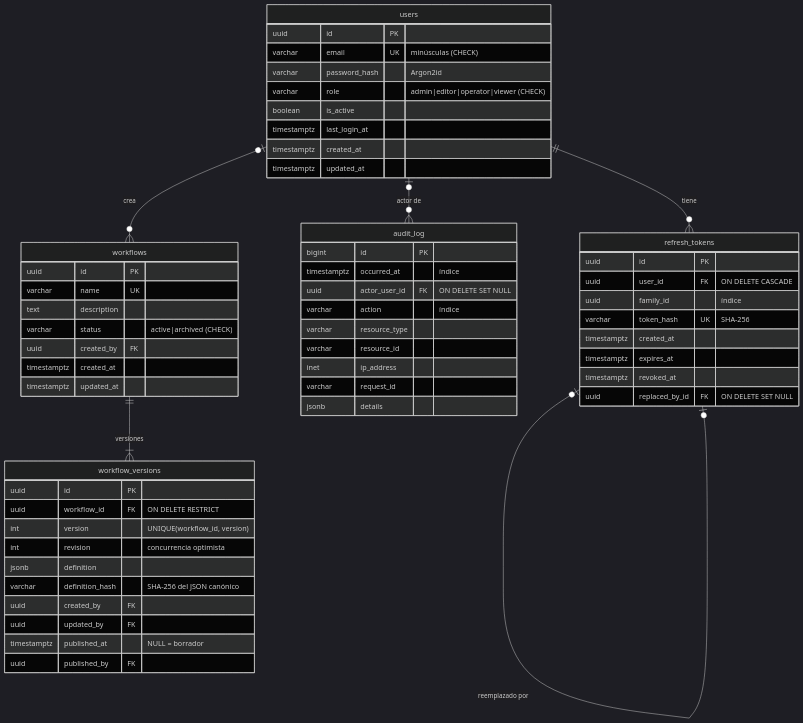
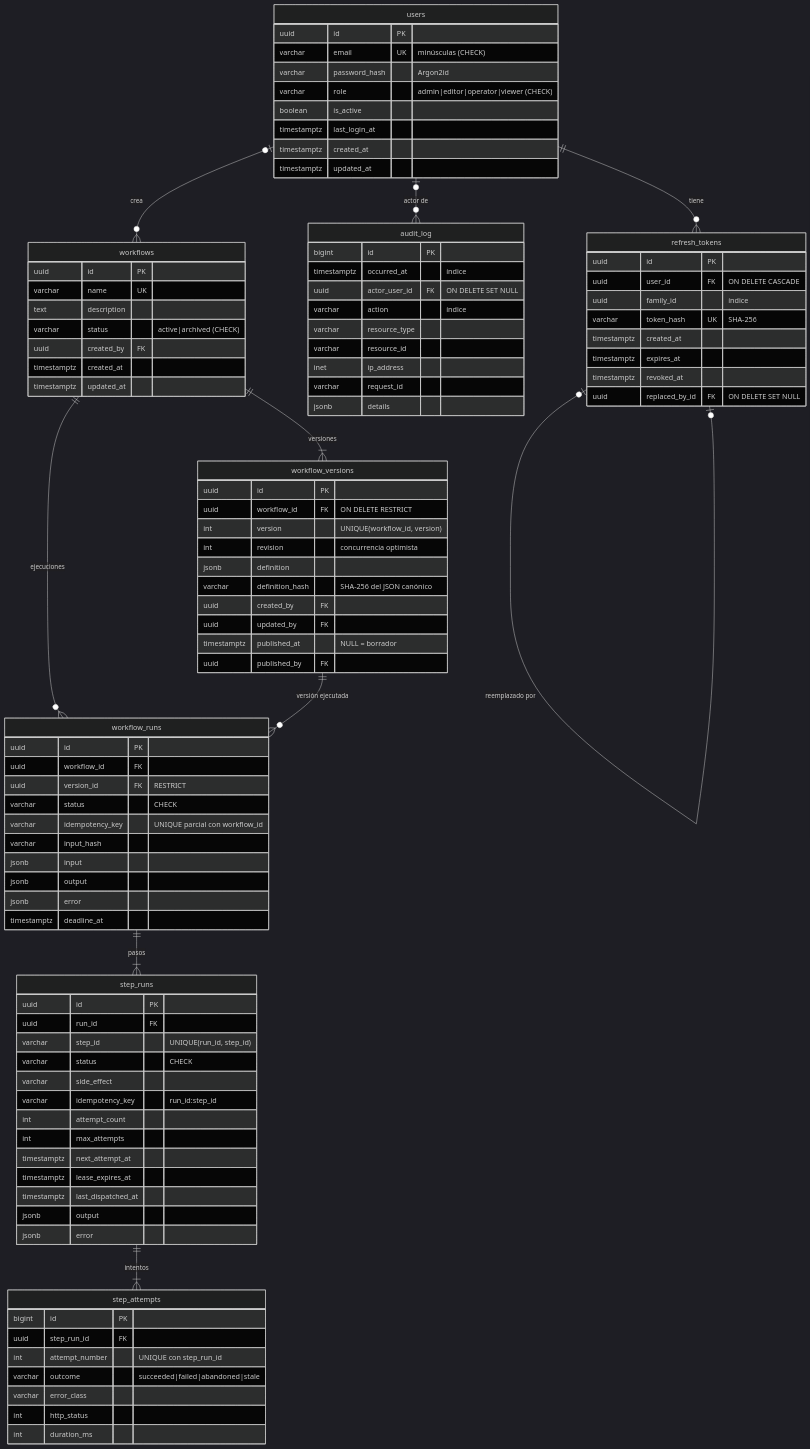
Before and after one commit to JuanSGarciaC/nexusflow: the diagram in docs/data-model.md, drawn with Mermaid (dark theme). The commit also changed other lines of this file and 34 other files, not shown here.

First line of the commit message:
feat(engine): motor de ejecución con Celery y cliente HTTP seguro (Fase 4)

````diff
--- a/docs/data-model.md
+++ b/docs/data-model.md
@@ -11,6 +11,10 @@
     refresh_tokens |o--o| refresh_tokens : "reemplazado por"
     workflows ||--|{ workflow_versions : "versiones"
     users |o--o{ workflows : "crea"
+    workflows ||--o{ workflow_runs : "ejecuciones"
+    workflow_versions ||--o{ workflow_runs : "versión ejecutada"
+    workflow_runs ||--|{ step_runs : "pasos"
+    step_runs ||--|{ step_attempts : "intentos"
 
     users {
         uuid id PK
@@ -64,4 +68,40 @@
         timestamptz published_at "NULL = borrador"
         uuid published_by FK
     }
+    workflow_runs {
+        uuid id PK
+        uuid workflow_id FK
+        uuid version_id FK "RESTRICT"
+        varchar status "CHECK"
+        varchar idempotency_key "UNIQUE parcial con workflow_id"
+        varchar input_hash
+        jsonb input
+        jsonb output
+        jsonb error
+        timestamptz deadline_at
+    }
+    step_runs {
+        uuid id PK
+        uuid run_id FK
+        varchar step_id "UNIQUE(run_id, step_id)"
+        varchar status "CHECK"
+        varchar side_effect
+        varchar idempotency_key "run_id:step_id"
+        int attempt_count
+        int max_attempts
+        timestamptz next_attempt_at
+        timestamptz lease_expires_at
+        timestamptz last_dispatched_at
+        jsonb output
+        jsonb error
+    }
+    step_attempts {
+        bigint id PK
+        uuid step_run_id FK
+        int attempt_number "UNIQUE con step_run_id"
+        varchar outcome "succeeded|failed|abandoned|stale"
+        varchar error_class
+        int http_status
+        int duration_ms
+    }
 ```
````
